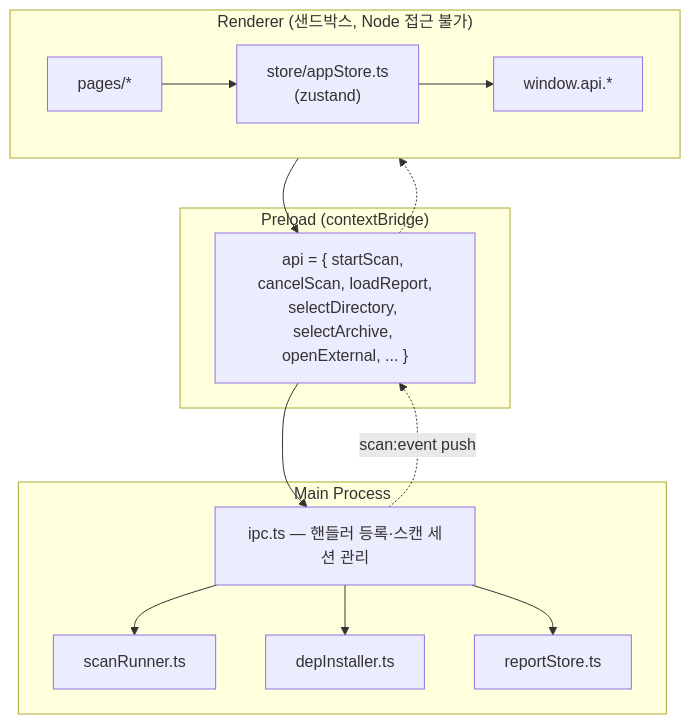
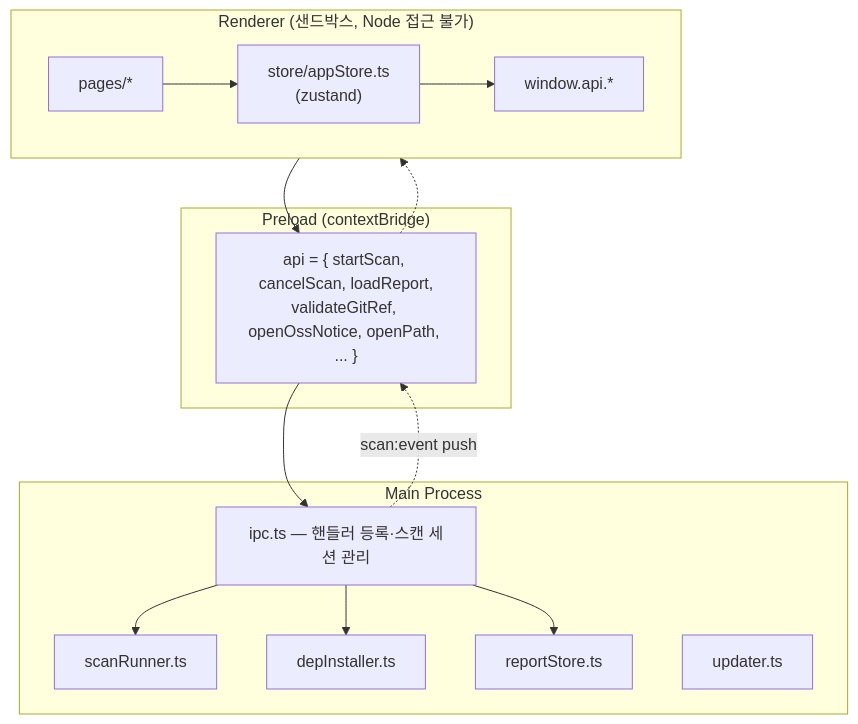
The first of 2 diagrams in docs/04-frontend.md (fosslight/fosslight_scanner_gui), drawn with Mermaid before and after one commit. The commit also changed other lines of this file and 8 other files, not shown here.

````diff
--- a/docs/04-frontend.md
+++ b/docs/04-frontend.md
@@ -5,20 +5,21 @@
 ```mermaid
 flowchart TD
     subgraph Renderer["Renderer (샌드박스, Node 접근 불가)"]
         direction LR
         Pages["pages/*"] --> Store["store/appStore.ts<br/>(zustand)"]
         Store --> API["window.api.*"]
     end
     subgraph Preload["Preload (contextBridge)"]
-        Bridge["api = { startScan, cancelScan, loadReport,<br/>selectDirectory, selectArchive, openExternal, ... }"]
+        Bridge["api = { startScan, cancelScan, loadReport,<br/>validateGitRef, openOssNotice, openPath, ... }"]
     end
     subgraph Main["Main Process"]
         IPC["ipc.ts — 핸들러 등록·스캔 세션 관리"]
         SR["scanRunner.ts"]
         DI["depInstaller.ts"]
         RS["reportStore.ts"]
+        UP["updater.ts"]
         IPC --> SR & DI & RS
     end
     API --> Bridge --> IPC
     IPC -.->|"scan:event push"| Bridge -.-> Store
 ```
````
